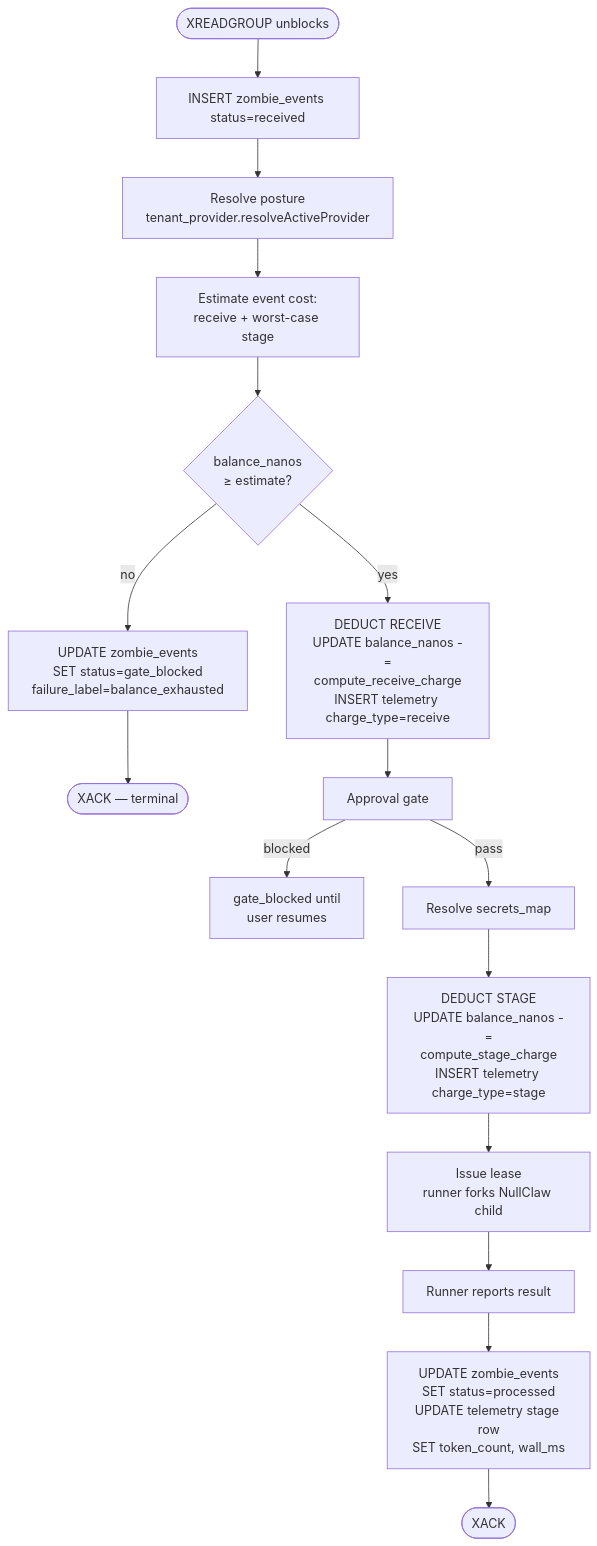
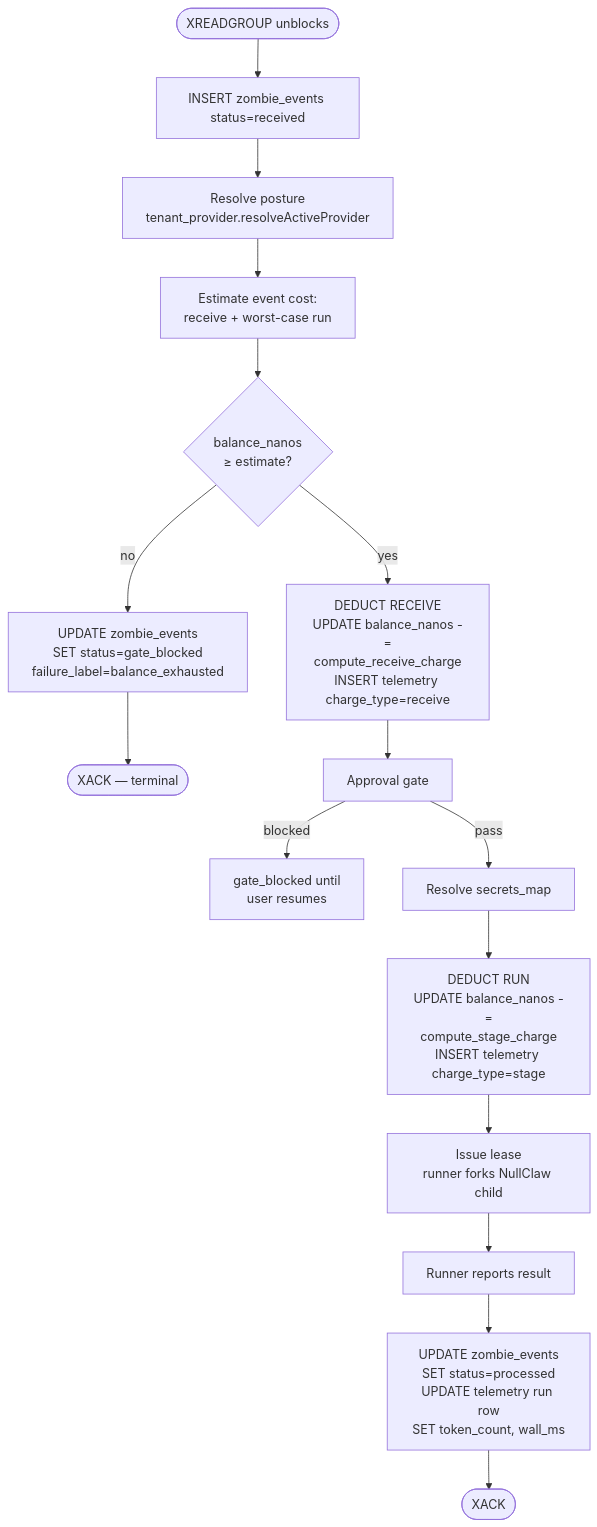
One commit to usezombie/usezombie changed the diagram in docs/architecture/billing_and_provider_keys.md. Above: the diagram before and after it, drawn with Mermaid. The commit also changed other lines of this file and 14 other files, not shown here.

First line of the commit message:
docs(m80_010): rename stage→run vocabulary in architecture + UZ-EXEC-002

````diff
--- a/docs/architecture/billing_and_provider_keys.md
+++ b/docs/architecture/billing_and_provider_keys.md
@@ -194,18 +194,18 @@
 ```mermaid
 flowchart TD
     A([XREADGROUP unblocks]) --> B[INSERT zombie_events status=received]
     B --> C[Resolve posture<br/>tenant_provider.resolveActiveProvider]
-    C --> D[Estimate event cost:<br/>receive + worst-case stage]
+    C --> D[Estimate event cost:<br/>receive + worst-case run]
     D --> E{balance_nanos<br/>≥ estimate?}
     E -->|no| Block[UPDATE zombie_events<br/>SET status=gate_blocked<br/>failure_label=balance_exhausted]
     Block --> X1([XACK — terminal])
     E -->|yes| F[DEDUCT RECEIVE<br/>UPDATE balance_nanos -=<br/>compute_receive_charge<br/>INSERT telemetry charge_type=receive]
     F --> G[Approval gate]
     G -->|blocked| Wait[gate_blocked until<br/>user resumes]
     G -->|pass| H[Resolve secrets_map]
-    H --> I[DEDUCT STAGE<br/>UPDATE balance_nanos -=<br/>compute_stage_charge<br/>INSERT telemetry charge_type=stage]
+    H --> I[DEDUCT RUN<br/>UPDATE balance_nanos -=<br/>compute_stage_charge<br/>INSERT telemetry charge_type=stage]
     I --> J[Issue lease<br/>runner forks NullClaw child]
     J --> K[Runner reports result]
-    K --> L[UPDATE zombie_events<br/>SET status=processed<br/>UPDATE telemetry stage row<br/>SET token_count, wall_ms]
+    K --> L[UPDATE zombie_events<br/>SET status=processed<br/>UPDATE telemetry run row<br/>SET token_count, wall_ms]
     L --> X2([XACK])
 ```
````
